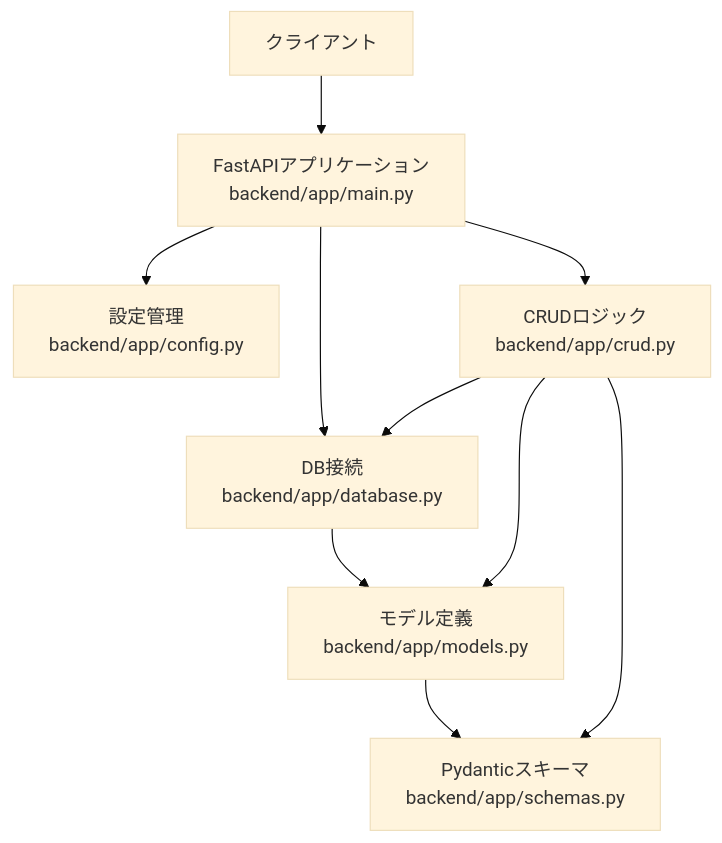
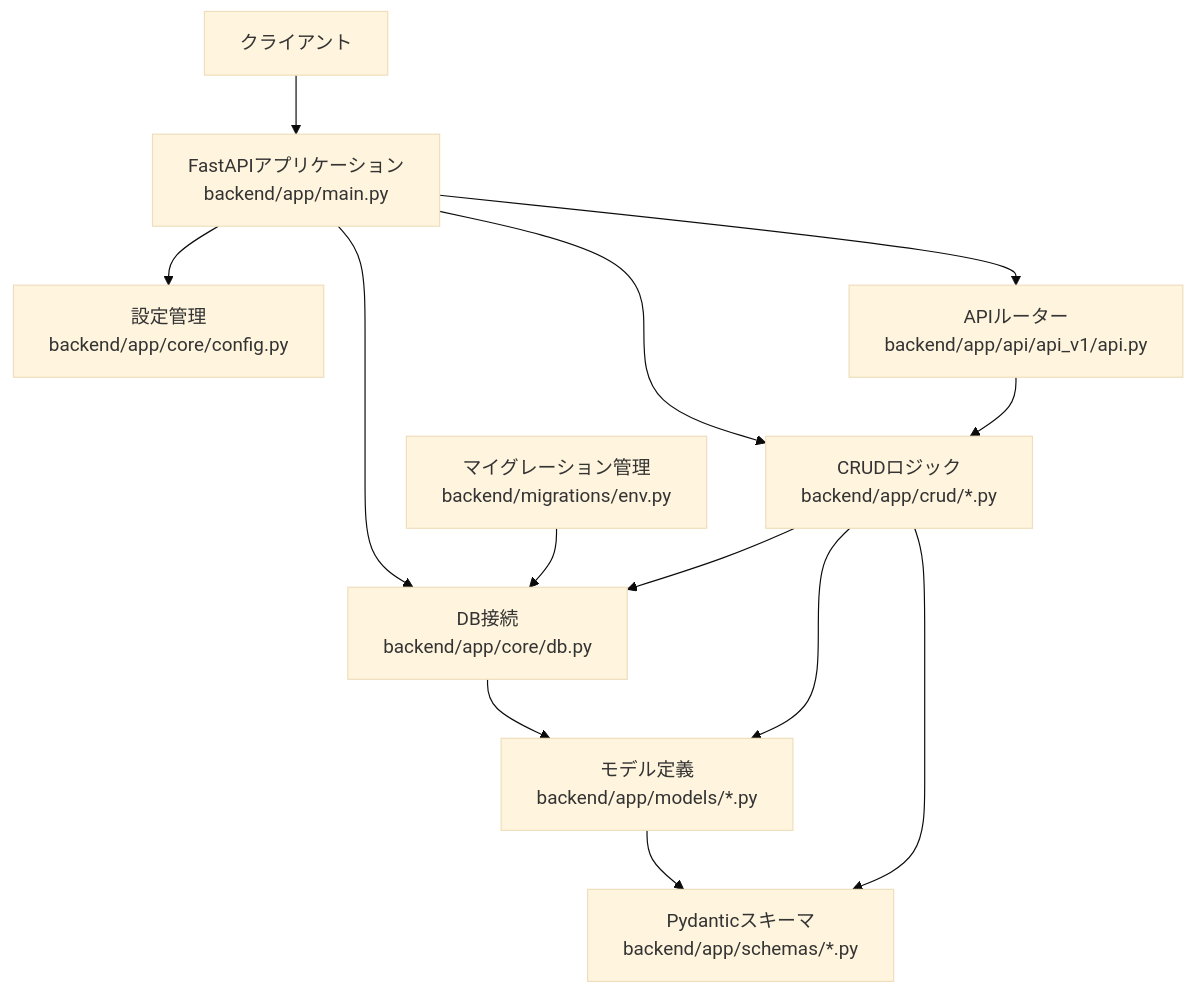
The second of 3 diagrams in .qoder/repowiki/ja/content/バックエンド開発.md (ss8806/Todos), drawn with Mermaid (base theme) before and after one commit. The commit also changed other lines of this file and 11 other files, not shown here.

````diff
--- a/.qoder/repowiki/ja/content/バックエンド開発.md
+++ b/.qoder/repowiki/ja/content/バックエンド開発.md
@@ -125,19 +169,24 @@
 ```mermaid
 graph TB
 CLIENT["クライアント"]
 MAIN["FastAPIアプリケーション<br/>backend/app/main.py"]
-CONFIG["設定管理<br/>backend/app/config.py"]
-DB["DB接続<br/>backend/app/database.py"]
-MODELS["モデル定義<br/>backend/app/models.py"]
-SCHEMAS["Pydanticスキーマ<br/>backend/app/schemas.py"]
-CRUD["CRUDロジック<br/>backend/app/crud.py"]
+CONFIG["設定管理<br/>backend/app/core/config.py"]
+DB["DB接続<br/>backend/app/core/db.py"]
+MODELS["モデル定義<br/>backend/app/models/*.py"]
+SCHEMAS["Pydanticスキーマ<br/>backend/app/schemas/*.py"]
+CRUD["CRUDロジック<br/>backend/app/crud/*.py"]
+API["APIルーター<br/>backend/app/api/api_v1/api.py"]
+MIGRATIONS["マイグレーション管理<br/>backend/migrations/env.py"]
 CLIENT --> MAIN
 MAIN --> CONFIG
 MAIN --> DB
 MAIN --> CRUD
+MAIN --> API
 CRUD --> DB
 CRUD --> MODELS
 CRUD --> SCHEMAS
 DB --> MODELS
 MODELS --> SCHEMAS
+API --> CRUD
+MIGRATIONS --> DB
 ```
````
